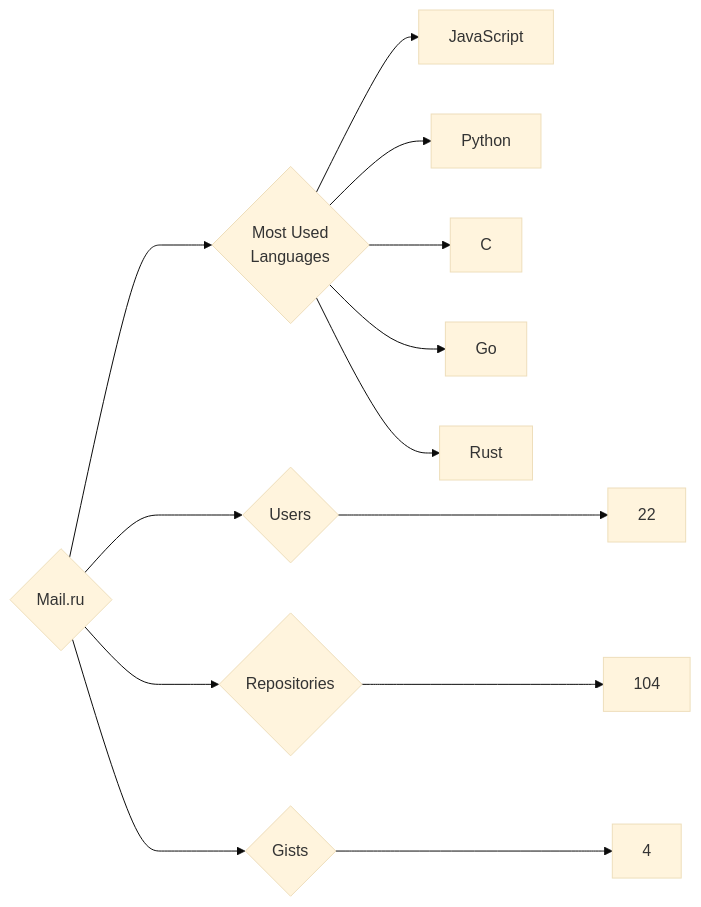
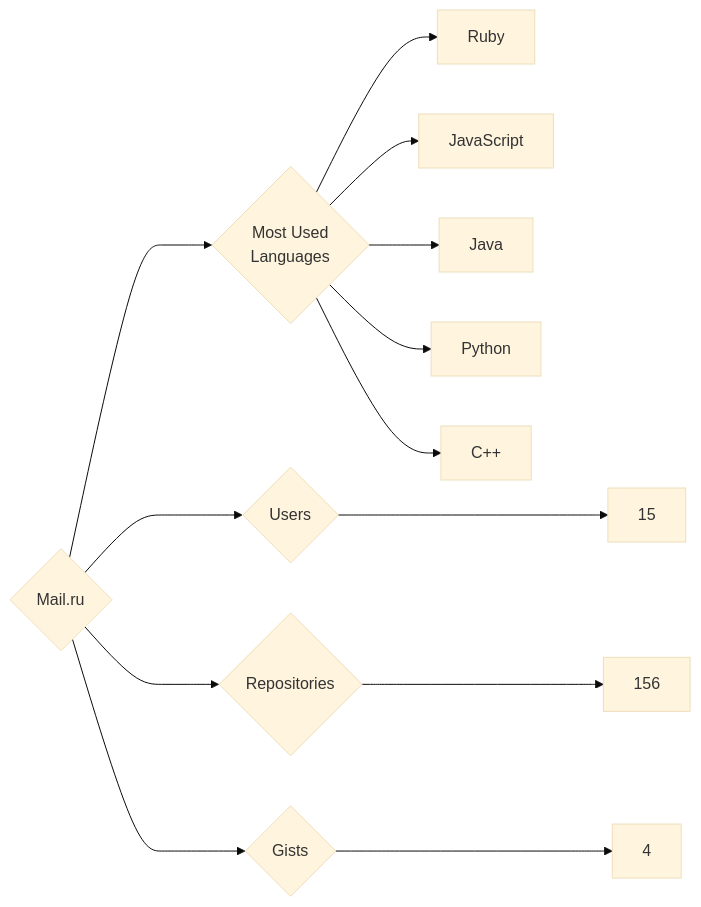
Before and after one commit to trickest/insiders: the diagram in targets/Mail.ru/README.md, drawn with Mermaid (base theme). The commit also changed 882 other files, not shown here.

````diff
--- a/targets/Mail.ru/README.md
+++ b/targets/Mail.ru/README.md
@@ -3,13 +3,13 @@
 ```mermaid
 graph LR
 COMPANY_NAME{Mail.ru}
-COMPANY_NAME ---> U{Users} ---> UN[22]
-COMPANY_NAME ---> R{Repositories} ---> RN[104]
+COMPANY_NAME ---> U{Users} ---> UN[15]
+COMPANY_NAME ---> R{Repositories} ---> RN[156]
 COMPANY_NAME ---> G{Gists} ---> GN[4]
 COMPANY_NAME ---> ML{Most Used<br>Languages}
+ML --> Ruby[Ruby]
 ML --> JavaScript[JavaScript]
+ML --> Java[Java]
 ML --> Python[Python]
-ML --> C[C]
-ML --> Go[Go]
-ML --> Rust[Rust]
+ML --> C++[C++]
 ```
````
